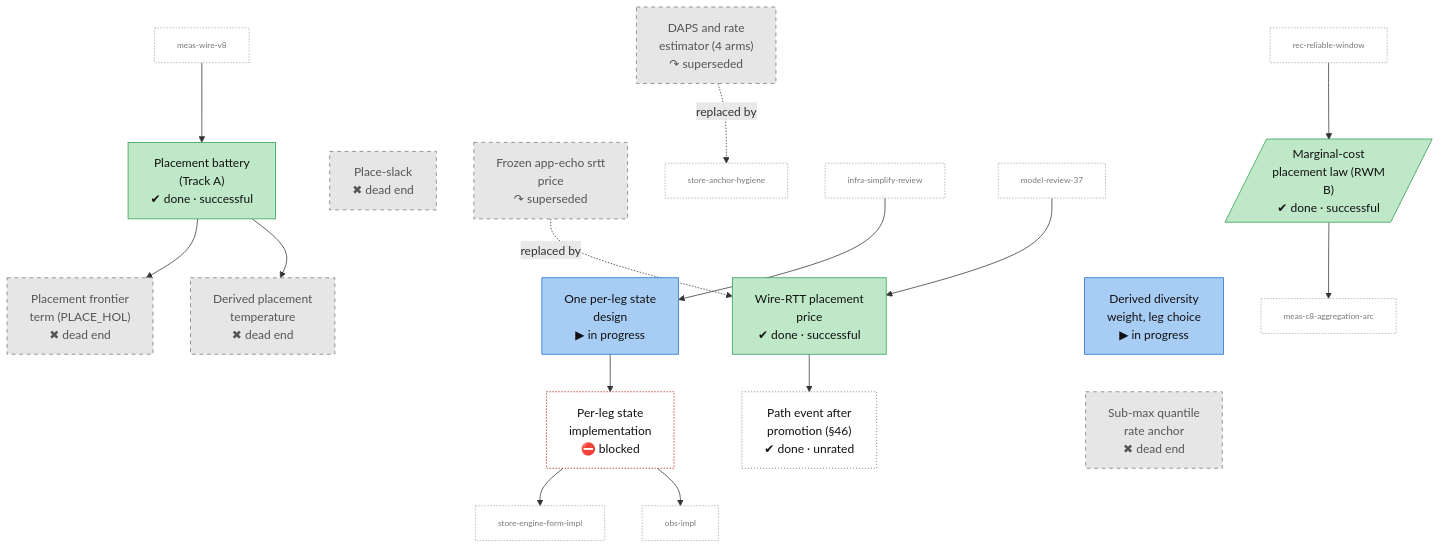
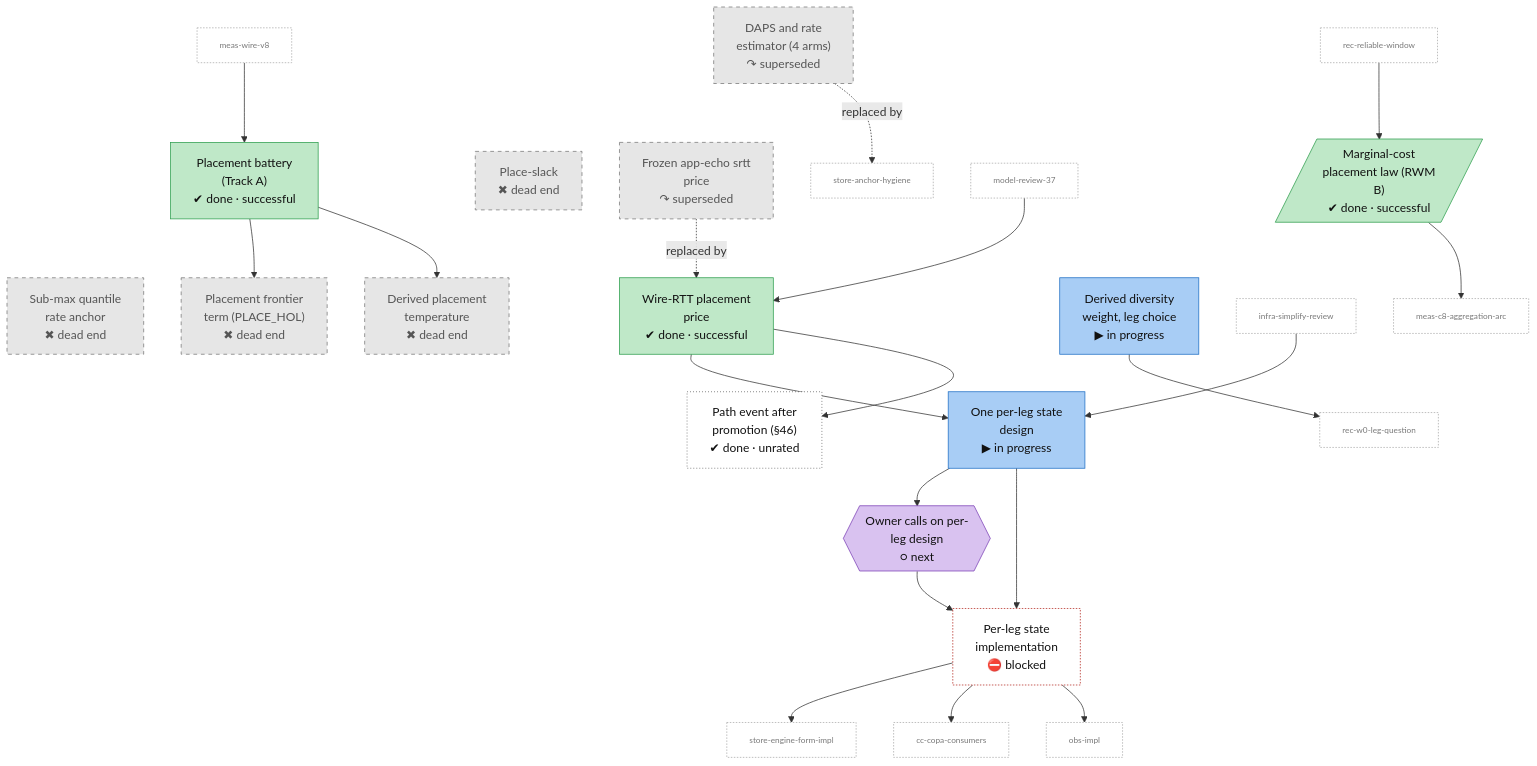
One commit to lhns/raptorpath changed the eighth of 14 diagrams in docs/roadmap.md. Above: the diagram before and after it, drawn with Mermaid. The commit also changed other lines of this file and 4 other files, not shown here.

Commit message:
roadmap: reviewed tree - 214 nodes (176 history, 38 forward), plain-language sentences, VM queue as order, open defects, coverage of every plan item; readiness: an open defect does not block its diagnosis

````diff
--- a/docs/roadmap.md
+++ b/docs/roadmap.md
@@ -794,60 +1006,69 @@
 ```mermaid
 flowchart TB
     place_marginal_cost[/"Marginal-cost<br/>placement law (RWM<br/>B)<br/>✔ done · successful"/]
     place_daps["DAPS and rate<br/>estimator (4 arms)<br/>↷ superseded"]
     place_slack["Place-slack<br/>✖ dead end"]
     place_stage2_battery["Placement battery<br/>(Track A)<br/>✔ done · successful"]
     place_hol["Placement frontier<br/>term (PLACE_HOL)<br/>✖ dead end"]
     place_t_derived["Derived placement<br/>temperature<br/>✖ dead end"]
     place_wdiv["Derived diversity<br/>weight, leg choice<br/>▶ in progress"]
     place_frozen_echo["Frozen app-echo srtt<br/>price<br/>↷ superseded"]
     place_wire_price["Wire-RTT placement<br/>price<br/>✔ done · successful"]
     place_per_leg_state["One per-leg state<br/>design<br/>▶ in progress"]
     place_submax_anchor["Sub-max quantile<br/>rate anchor<br/>✖ dead end"]
     place_path_event["Path event after<br/>promotion (#167;46)<br/>✔ done · unrated"]
+    place_user_perleg_questions{{"Owner calls on per-<br/>leg design<br/>○ next"}}
     place_per_leg_impl["Per-leg state<br/>implementation<br/>⛔ blocked"]
     place_marginal_cost ~~~ place_wdiv
     place_daps ~~~ place_frozen_echo
     place_slack ~~~ place_wire_price
-    place_stage2_battery ~~~ place_per_leg_state
-    place_wdiv ~~~ place_submax_anchor
+    place_stage2_battery ~~~ place_submax_anchor
+    x_cc_copa_consumers["cc-copa-consumers"]
     x_infra_simplify_review["infra-simplify-review"]
     x_meas_c8_aggregation_arc["meas-c8-aggregation-arc"]
     x_meas_wire_v8["meas-wire-v8"]
     x_model_review_37["model-review-37"]
     x_obs_impl["obs-impl"]
     x_rec_reliable_window["rec-reliable-window"]
+    x_rec_w0_leg_question["rec-w0-leg-question"]
     x_store_anchor_hygiene["store-anchor-hygiene"]
     x_store_engine_form_impl["store-engine-form-impl"]
     x_rec_reliable_window --> place_marginal_cost
     place_daps -.->|replaced by| x_store_anchor_hygiene
     x_meas_wire_v8 --> place_stage2_battery
     place_stage2_battery --> place_hol
     place_stage2_battery --> place_t_derived
     place_frozen_echo -.->|replaced by| place_wire_price
     x_model_review_37 --> place_wire_price
     x_infra_simplify_review --> place_per_leg_state
+    place_wire_price --> place_per_leg_state
     place_marginal_cost --> x_meas_c8_aggregation_arc
     place_wire_price --> place_path_event
+    place_wdiv --> x_rec_w0_leg_question
+    place_per_leg_state --> place_user_perleg_questions
     place_per_leg_state --> place_per_leg_impl
+    place_user_perleg_questions --> place_per_leg_impl
     place_per_leg_impl --> x_store_engine_form_impl
+    place_per_leg_impl --> x_cc_copa_consumers
     place_per_leg_impl --> x_obs_impl
     classDef vsucc fill:#2e9e4f,stroke:#1b6b34,color:#fff
     classDef succ fill:#bfe8c8,stroke:#2e9e4f,color:#111
     classDef mixed fill:#ffd37a,stroke:#c98a00,color:#111
     classDef bad fill:#f28b82,stroke:#b3261e,color:#111
     classDef dead fill:#e6e6e6,stroke:#777,stroke-dasharray:5 5,color:#555
     classDef inprog fill:#a8cdf5,stroke:#1f6fc5,color:#111
     classDef next fill:#fff,stroke:#333,color:#111
     classDef blocked fill:#fff,stroke:#b3261e,stroke-dasharray:2 2,color:#111
     classDef parked fill:#f3f3f3,stroke:#999,color:#555
     classDef unrated fill:#fff,stroke:#333,stroke-dasharray:1 3,color:#111
     classDef userdec fill:#d9c2f0,stroke:#7b3fb5,color:#111
+    classDef defect fill:#ffe0b2,stroke:#d84315,stroke-width:2px,color:#111
     classDef stub fill:#fff,stroke:#aaa,stroke-dasharray:2 2,color:#777,font-size:11px
     class place_marginal_cost,place_stage2_battery,place_wire_price succ
     class place_daps,place_slack,place_hol,place_t_derived,place_frozen_echo,place_submax_anchor dead
     class place_wdiv,place_per_leg_state inprog
     class place_path_event unrated
+    class place_user_perleg_questions userdec
     class place_per_leg_impl blocked
-    class x_infra_simplify_review,x_meas_c8_aggregation_arc,x_meas_wire_v8,x_model_review_37,x_obs_impl,x_rec_reliable_window,x_store_anchor_hygiene,x_store_engine_form_impl stub
+    class x_cc_copa_consumers,x_infra_simplify_review,x_meas_c8_aggregation_arc,x_meas_wire_v8,x_model_review_37,x_obs_impl,x_rec_reliable_window,x_rec_w0_leg_question,x_store_anchor_hygiene,x_store_engine_form_impl stub
 ```
````
